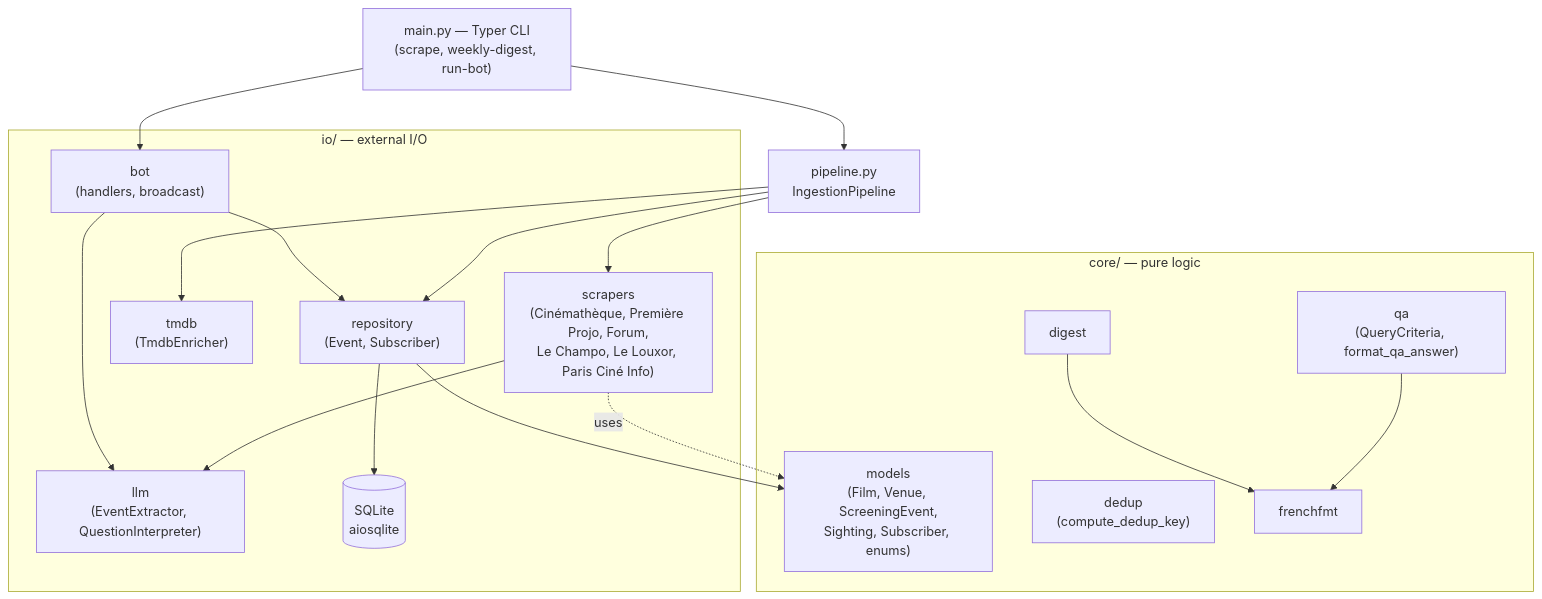
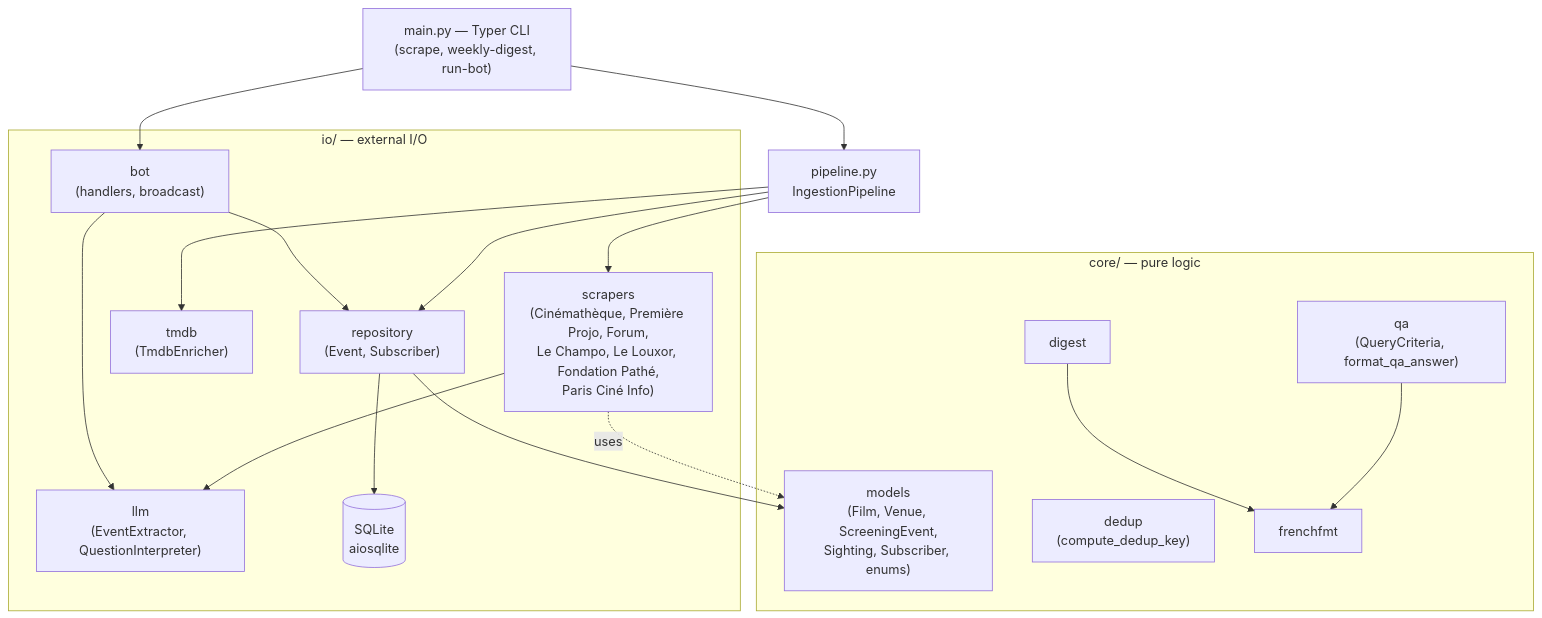
One commit to Pierrafrom/lanterne changed the first of 3 diagrams in docs/architecture.md. Above: the diagram before and after it, drawn with Mermaid. The commit also changed 9 other files, not shown here.

First line of the commit message:
feat(scrapers): add Fondation Jérôme Seydoux-Pathé source

````diff
--- a/docs/architecture.md
+++ b/docs/architecture.md
@@ -23,37 +23,37 @@
 ```mermaid
 flowchart TD
     CLI["main.py — Typer CLI<br/>(scrape, weekly-digest, run-bot)"]
 
     subgraph core["core/ — pure logic"]
         models["models<br/>(Film, Venue, ScreeningEvent,<br/>Sighting, Subscriber, enums)"]
         dedup["dedup<br/>(compute_dedup_key)"]
         qa["qa<br/>(QueryCriteria, format_qa_answer)"]
         digest["digest"]
         frenchfmt["frenchfmt"]
     end
 
     subgraph io["io/ — external I/O"]
-        scrapers["scrapers<br/>(Cinémathèque, Première Projo, Forum,<br/>Le Champo, Le Louxor, Paris Ciné Info)"]
+        scrapers["scrapers<br/>(Cinémathèque, Première Projo, Forum,<br/>Le Champo, Le Louxor, Fondation Pathé,<br/>Paris Ciné Info)"]
         llm["llm<br/>(EventExtractor, QuestionInterpreter)"]
         tmdb["tmdb<br/>(TmdbEnricher)"]
         repo["repository<br/>(Event, Subscriber)"]
         db[("SQLite<br/>aiosqlite")]
         bot["bot<br/>(handlers, broadcast)"]
     end
 
     pipeline["pipeline.py<br/>IngestionPipeline"]
 
     CLI --> pipeline
     CLI --> bot
     pipeline --> scrapers
     pipeline --> tmdb
     pipeline --> repo
     scrapers --> llm
     repo --> db
     bot --> repo
     bot --> llm
     scrapers -.uses.-> models
     repo --> models
     qa --> frenchfmt
     digest --> frenchfmt
 ```
````
